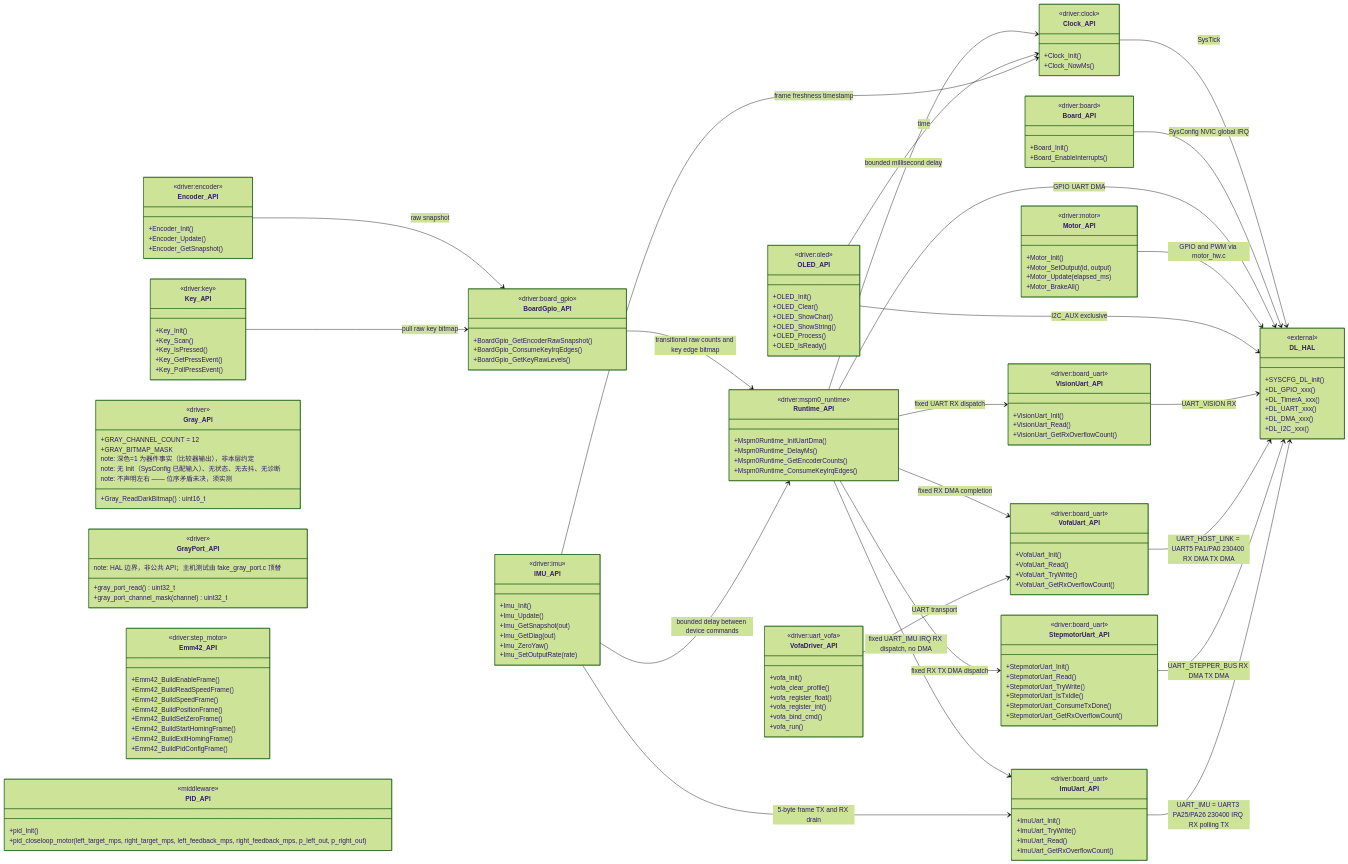
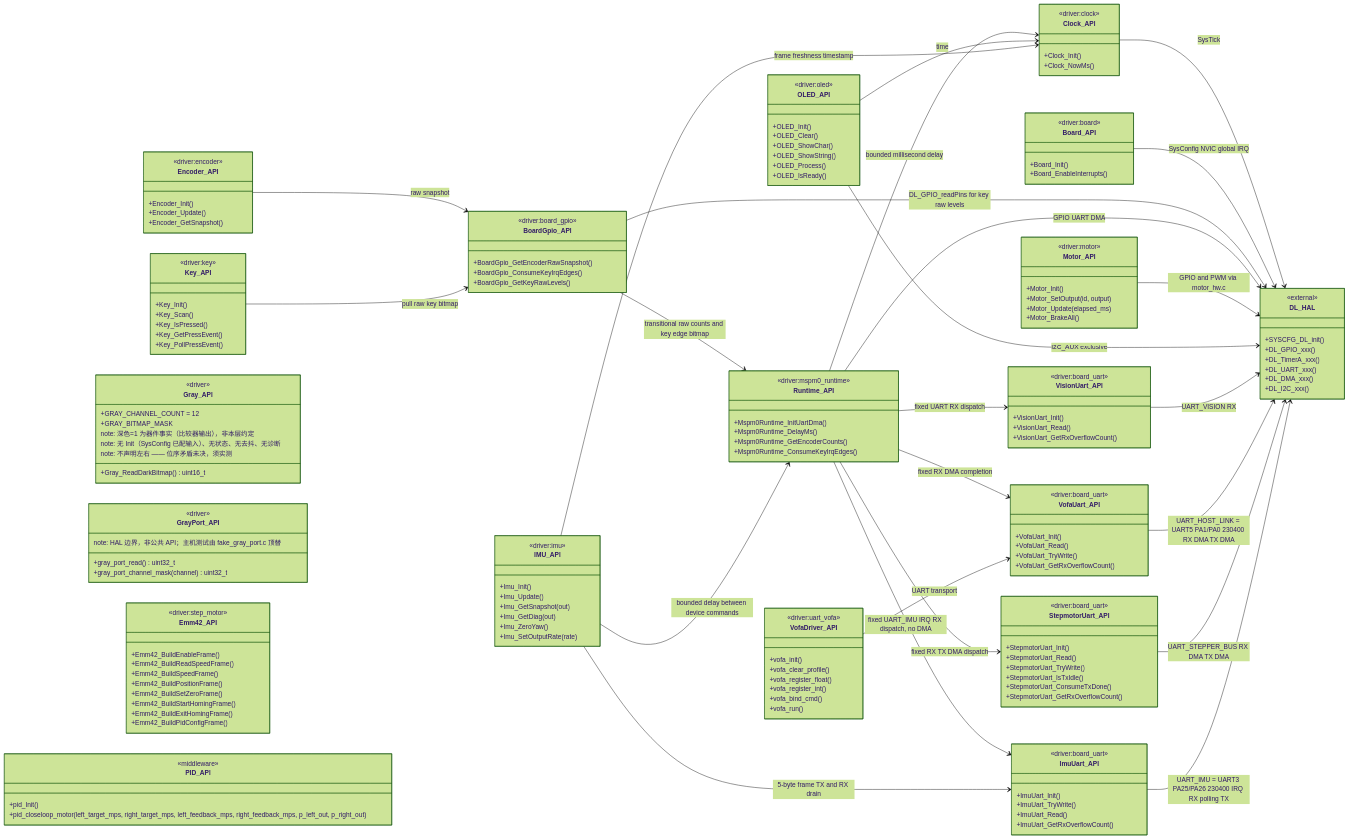
The diagram in agent/topology/driver.md (AigisYangyan/2026_NUEDC), drawn with Mermaid (forest theme) before and after one commit. The commit also changed 7 other files, not shown here.

```diff
--- a/agent/topology/driver.md
+++ b/agent/topology/driver.md
@@ -173,6 +173,7 @@
 Clock_API --> DL_HAL : SysTick
 Board_API --> DL_HAL : SysConfig NVIC global IRQ
 BoardGpio_API --> Runtime_API : transitional raw counts and key edge bitmap
+BoardGpio_API --> DL_HAL : DL_GPIO_readPins for key raw levels
 Runtime_API --> Clock_API : bounded millisecond delay
 Runtime_API --> DL_HAL : GPIO UART DMA
 Runtime_API --> VisionUart_API : fixed UART RX dispatch
```
